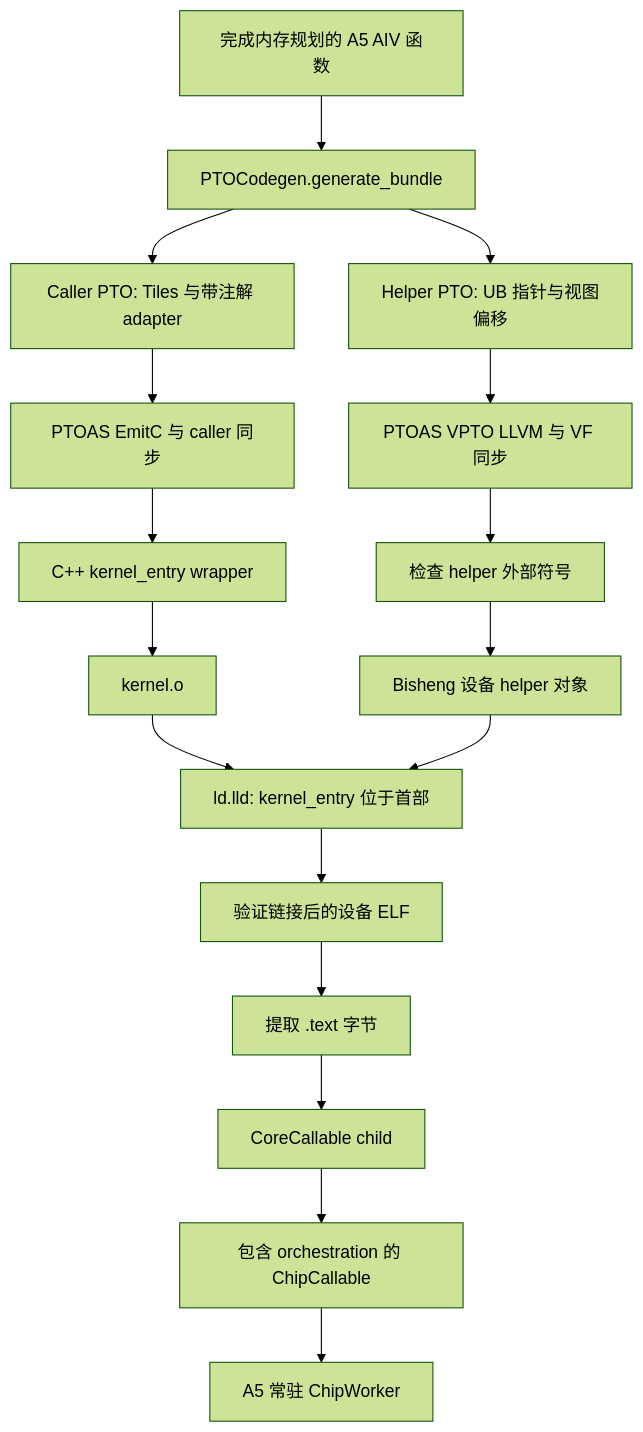
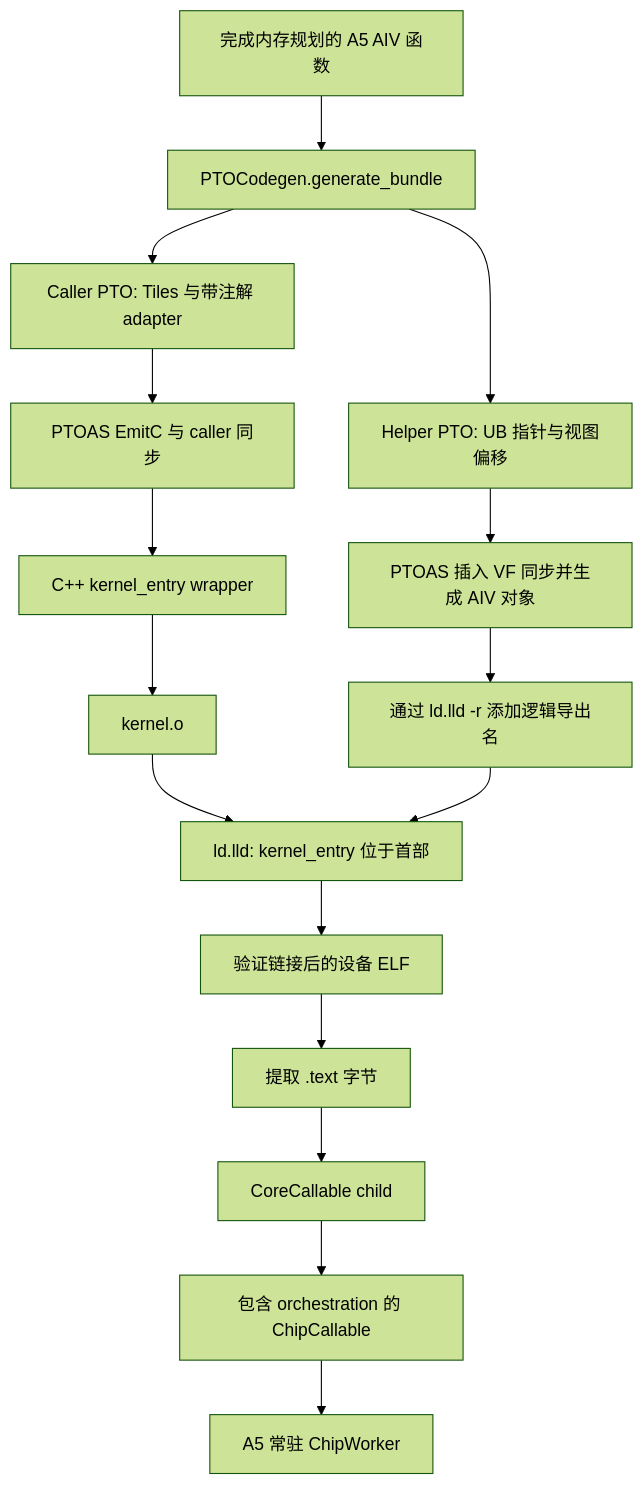
One commit to hw-native-sys/pypto changed the diagram in docs/zh/dev/codegen/03-vpto-vf-integration.md. Above: the diagram before and after it, drawn with Mermaid (forest theme). The commit also changed other lines of this file and 17 other files, not shown here.

First line of the commit message:
refactor(runtime): emit A5 VF helper objects directly with PTOAS (#3239)

````diff
--- a/docs/zh/dev/codegen/03-vpto-vf-integration.md
+++ b/docs/zh/dev/codegen/03-vpto-vf-integration.md
@@ -13,19 +13,18 @@
 ```mermaid
 flowchart TD
   IR[完成内存规划的 A5 AIV 函数] --> Bundle[PTOCodegen.generate_bundle]
   Bundle --> Caller[Caller PTO: Tiles 与带注解 adapter]
   Bundle --> Helper[Helper PTO: UB 指针与视图偏移]
   Caller --> EmitC[PTOAS EmitC 与 caller 同步]
   EmitC --> Wrapper[C++ kernel_entry wrapper]
   Wrapper --> CallerObj[kernel.o]
-  Helper --> LLVM[PTOAS VPTO LLVM 与 VF 同步]
-  LLVM --> Symbols[检查 helper 外部符号]
-  Symbols --> HelperObj[Bisheng 设备 helper 对象]
+  Helper --> Native[PTOAS 插入 VF 同步并生成 AIV 对象]
+  Native --> HelperObj[通过 ld.lld -r 添加逻辑导出名]
   CallerObj --> Link[ld.lld: kernel_entry 位于首部]
   HelperObj --> Link
   Link --> ELF[验证链接后的设备 ELF]
   ELF --> Text[提取 .text 字节]
   Text --> Core[CoreCallable child]
   Core --> Chip[包含 orchestration 的 ChipCallable]
   Chip --> Worker[A5 常驻 ChipWorker]
 ```
````
